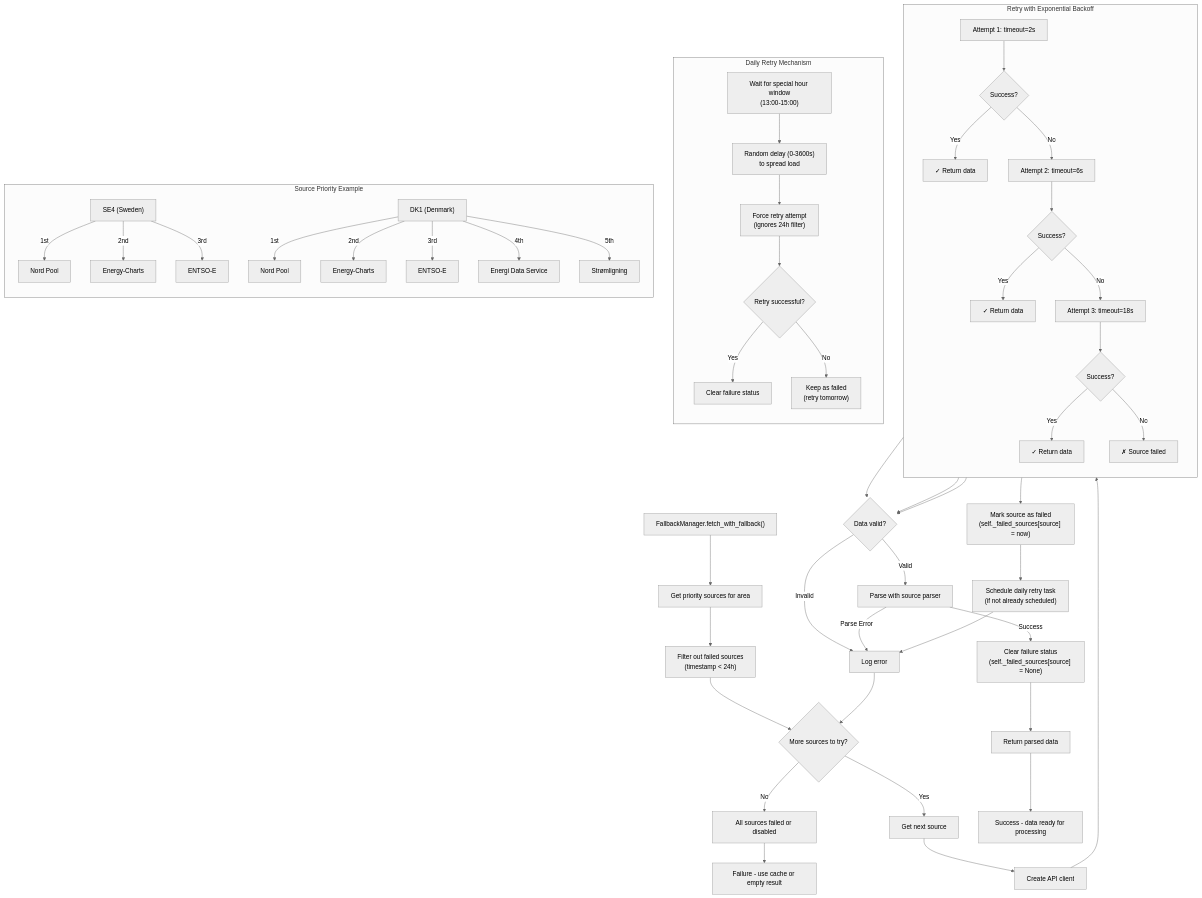
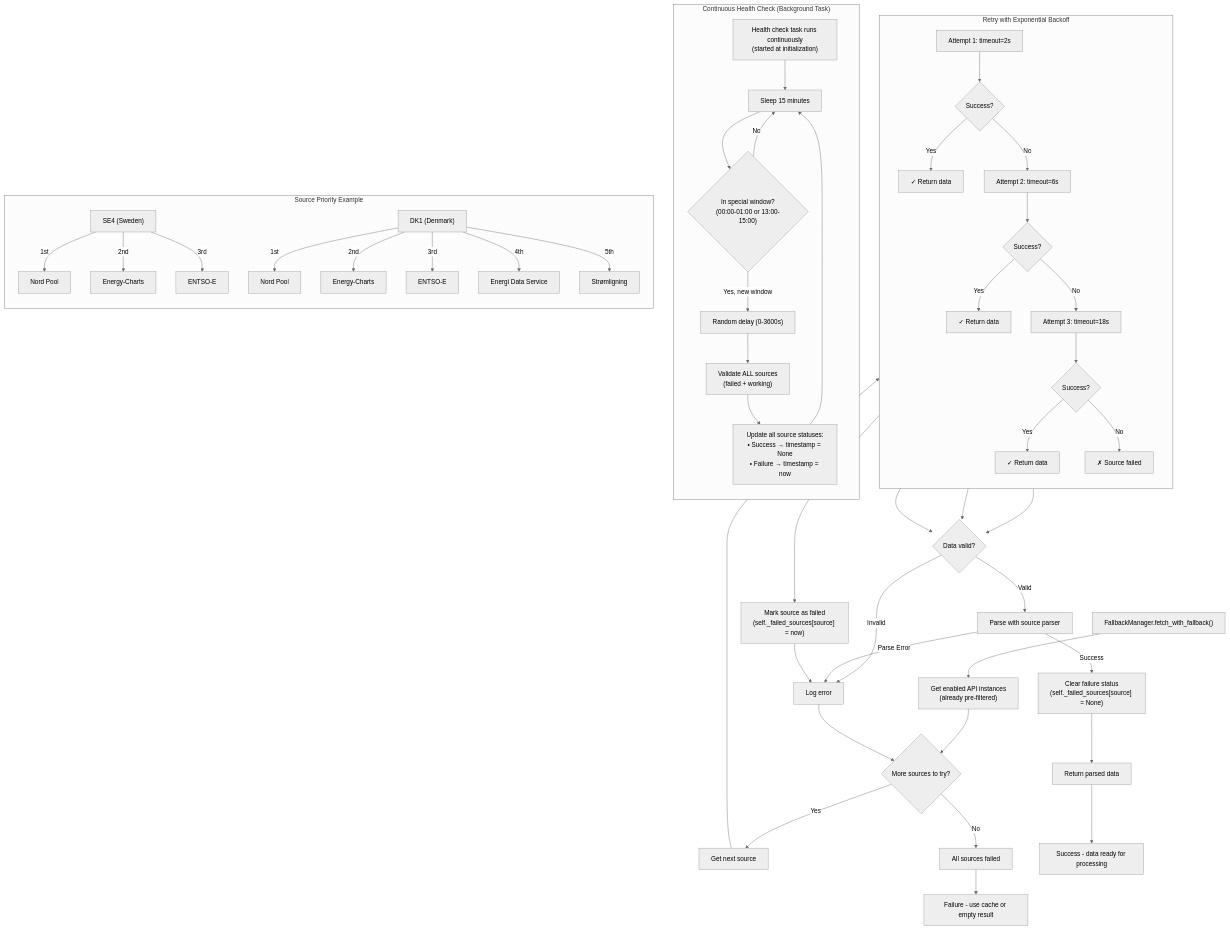
One commit to enoch85/ge-spot changed the fourth of 4 diagrams in README.md. Above: the diagram before and after it, drawn with Mermaid (neutral theme). The commit also changed other lines of this file and 23 other files, not shown here.

````diff
--- a/README.md
+++ b/README.md
@@ -680,68 +696,67 @@
 ```mermaid
 flowchart TD
-    FallbackStart["FallbackManager.fetch_with_fallback()"] --> GetSources["Get priority sources for area"]
-    GetSources --> FilterFailed["Filter out failed sources<br/>(timestamp < 24h)"]
-    FilterFailed --> SourceLoop{"More sources to try?"}
+    FallbackStart["FallbackManager.fetch_with_fallback()"] --> GetSources["Get enabled API instances<br/>(already pre-filtered)"]
+    GetSources --> SourceLoop{"More sources to try?"}
     
     SourceLoop --> |"Yes"| NextSource["Get next source"]
-    SourceLoop --> |"No"| FallbackFail["All sources failed or disabled"]
+    SourceLoop --> |"No"| FallbackFail["All sources failed"]
     
-    NextSource --> CreateAPI["Create API client"]
-    CreateAPI --> RetryLoop["Exponential Backoff Retry Loop"]
+    NextSource --> RetryLoop["Exponential Backoff Retry Loop"]
     
     subgraph RetryLoop["Retry with Exponential Backoff"]
         direction TB
         Try1["Attempt 1: timeout=2s"] --> Check1{"Success?"}
         Check1 --> |"Yes"| Success1["✓ Return data"]
         Check1 --> |"No"| Try2["Attempt 2: timeout=6s"]
         Try2 --> Check2{"Success?"}
         Check2 --> |"Yes"| Success2["✓ Return data"]
         Check2 --> |"No"| Try3["Attempt 3: timeout=18s"]
         Try3 --> Check3{"Success?"}
         Check3 --> |"Yes"| Success3["✓ Return data"]
         Check3 --> |"No"| Failed["✗ Source failed"]
     end
     
     Success1 --> ValidateData{"Data valid?"}
     Success2 --> ValidateData
     Success3 --> ValidateData
     
     ValidateData --> |"Valid"| ParseData["Parse with source parser"]
     ValidateData --> |"Invalid"| LogError["Log error"]
     
     ParseData --> |"Success"| MarkWorking["Clear failure status<br/>(self._failed_sources[source] = None)"]
     ParseData --> |"Parse Error"| LogError
     
     MarkWorking --> FallbackSuccess["Return parsed data"]
     
     Failed --> MarkFailed["Mark source as failed<br/>(self._failed_sources[source] = now)"]
-    MarkFailed --> ScheduleRetry["Schedule daily retry task<br/>(if not already scheduled)"]
-    ScheduleRetry --> LogError
+    MarkFailed --> LogError
     
     LogError --> SourceLoop
     
     FallbackSuccess --> End["Success - data ready for processing"]
     FallbackFail --> End2["Failure - use cache or empty result"]
     
-    subgraph DailyRetry["Daily Retry Mechanism"]
+    subgraph HealthCheckValidation["Continuous Health Check (Background Task)"]
         direction TB
-        WaitWindow["Wait for special hour window<br/>(13:00-15:00)"] --> RandomDelay["Random delay (0-3600s)<br/>to spread load"]
-        RandomDelay --> ForceRetry["Force retry attempt<br/>(ignores 24h filter)"]
-        ForceRetry --> RetrySuccess{"Retry successful?"}
-        RetrySuccess --> |"Yes"| ClearFailure["Clear failure status"]
-        RetrySuccess --> |"No"| KeepFailed["Keep as failed<br/>(retry tomorrow)"]
+        BGTask["Health check task runs continuously<br/>(started at initialization)"] --> Sleep["Sleep 15 minutes"]
+        Sleep --> WindowCheck{"In special window?<br/>(00:00-01:00 or 13:00-15:00)"}
+        WindowCheck --> |"No"| Sleep
+        WindowCheck --> |"Yes, new window"| RandomDelay["Random delay (0-3600s)"]
+        RandomDelay --> ValidateAllSources["Validate ALL sources<br/>(failed + working)"]
+        ValidateAllSources --> UpdateStatuses["Update all source statuses:<br/>• Success → timestamp = None<br/>• Failure → timestamp = now"]
+        UpdateStatuses --> Sleep
     end
     
     subgraph SourcePriority["Source Priority Example"]
         direction TB
         SE4["SE4 (Sweden)"] --> |"1st"| Nordpool["Nord Pool"]
         SE4 --> |"2nd"| EnergyCharts["Energy-Charts"]
         SE4 --> |"3rd"| ENTSOE["ENTSO-E"]
         
         DK1["DK1 (Denmark)"] --> |"1st"| NordpoolDK["Nord Pool"]
         DK1 --> |"2nd"| EnergyChartsDK["Energy-Charts"]
         DK1 --> |"3rd"| ENTSODK["ENTSO-E"] 
         DK1 --> |"4th"| EnergiData["Energi Data Service"]
         DK1 --> |"5th"| Stromligning["Strømligning"]
     end
 ```
````
